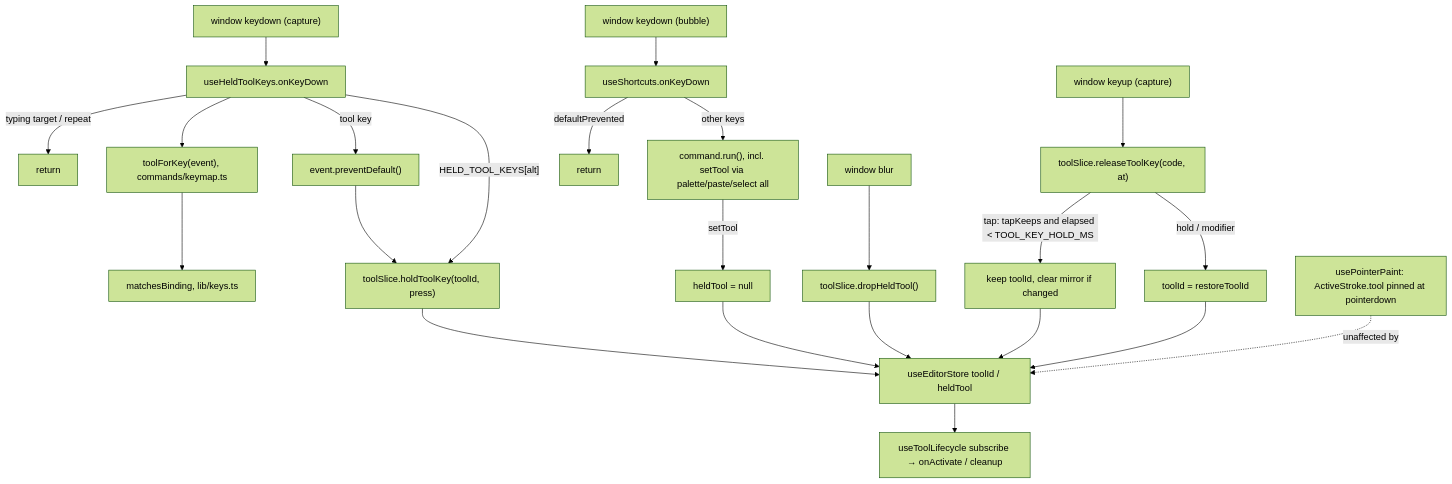
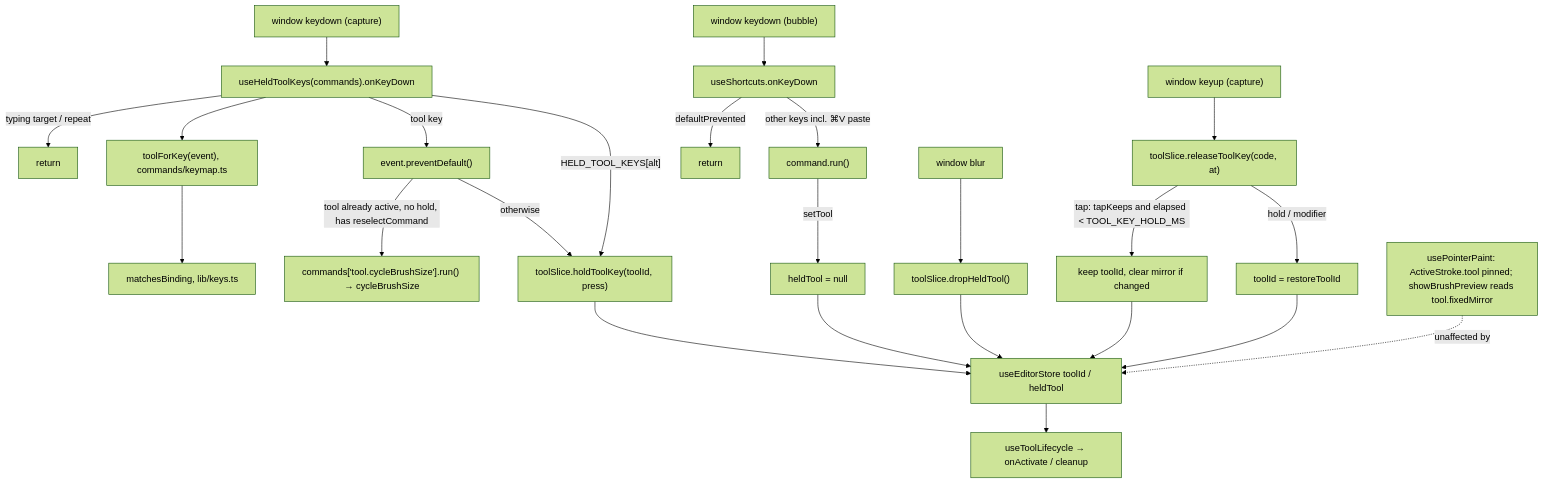
The diagram in docs/contracts/2026-09-30-hold-tool-shortcuts.md (sabeq96/easy-sprite), drawn with Mermaid (forest theme) before and after one commit. The commit also changed other lines of this file, not shown here.

First line of the commit message:
Settle open questions and add P brush cycle and V mirror pencil to the hold-shortcuts contract

````diff
--- a/docs/contracts/2026-09-30-hold-tool-shortcuts.md
+++ b/docs/contracts/2026-09-30-hold-tool-shortcuts.md
@@ -56,21 +66,22 @@
 ```mermaid
 flowchart TD
-  KD["window keydown (capture)"] --> HK["useHeldToolKeys.onKeyDown"]
+  KD["window keydown (capture)"] --> HK["useHeldToolKeys(commands).onKeyDown"]
   HK -->|typing target / repeat| X1[return]
   HK --> TFK["toolForKey(event), commands/keymap.ts"]
   TFK --> MB["matchesBinding, lib/keys.ts"]
   HK -->|tool key| PD["event.preventDefault()"]
+  PD -->|"tool already active, no hold, has reselectCommand"| RS["commands['tool.cycleBrushSize'].run() → cycleBrushSize"]
+  PD -->|otherwise| HOLD["toolSlice.holdToolKey(toolId, press)"]
   HK -->|"HELD_TOOL_KEYS[alt]"| HOLD
-  PD --> HOLD["toolSlice.holdToolKey(toolId, press)"]
   KD2["window keydown (bubble)"] --> SC["useShortcuts.onKeyDown"]
   SC -->|defaultPrevented| X2[return]
-  SC -->|other keys| RUN["command.run(), incl. setTool via palette/paste/select all"]
+  SC -->|other keys incl. ⌘V paste| RUN["command.run()"]
   KU["window keyup (capture)"] --> REL["toolSlice.releaseToolKey(code, at)"]
   BL["window blur"] --> DROP["toolSlice.dropHeldTool()"]
   REL -->|"tap: tapKeeps and elapsed < TOOL_KEY_HOLD_MS"| KEEP["keep toolId, clear mirror if changed"]
   REL -->|hold / modifier| RESTORE["toolId = restoreToolId"]
   RUN -->|setTool| CLR["heldTool = null"]
   HOLD & KEEP & RESTORE & DROP & CLR --> ST["useEditorStore toolId / heldTool"]
-  ST --> TL["useToolLifecycle subscribe → onActivate / cleanup"]
-  PP["usePointerPaint: ActiveStroke.tool pinned at pointerdown"] -. unaffected by .-> ST
+  ST --> TL["useToolLifecycle → onActivate / cleanup"]
+  PP["usePointerPaint: ActiveStroke.tool pinned; showBrushPreview reads tool.fixedMirror"] -. unaffected by .-> ST
 ```
````
